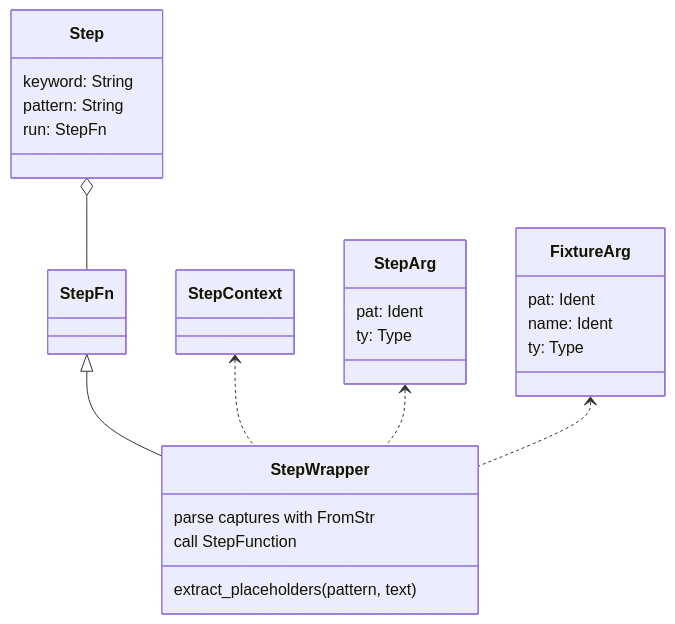
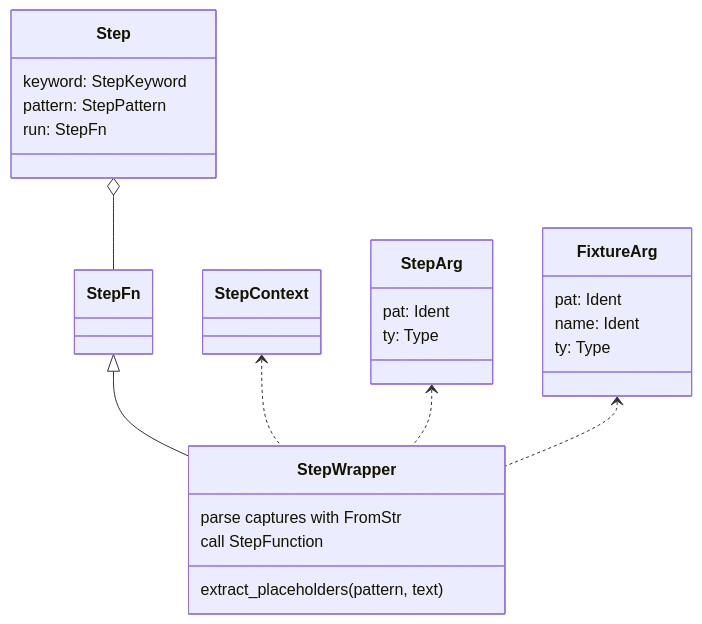
Before and after one commit to leynos/rstest-bdd: the first of 3 diagrams in docs/rstest-bdd-design.md, drawn with Mermaid.

Commit message:
Update step diagram for typed wrappers

````diff
--- a/docs/rstest-bdd-design.md
+++ b/docs/rstest-bdd-design.md
@@ -447,29 +447,29 @@
 ```mermaid
 classDiagram
     class StepContext {
     }
     class StepArg {
         pat: Ident
         ty: Type
     }
     class FixtureArg {
         pat: Ident
         name: Ident
         ty: Type
     }
     class Step {
-        keyword: String
-        pattern: String
+        keyword: StepKeyword
+        pattern: StepPattern
         run: StepFn
     }
     class StepFn
     class StepWrapper
     StepWrapper : extract_placeholders(pattern, text)
     StepWrapper : parse captures with FromStr
     StepWrapper : call StepFunction
     StepFn <|-- StepWrapper
     StepContext <.. StepWrapper
     StepArg <.. StepWrapper
     FixtureArg <.. StepWrapper
     Step o-- StepFn
 ```
````
